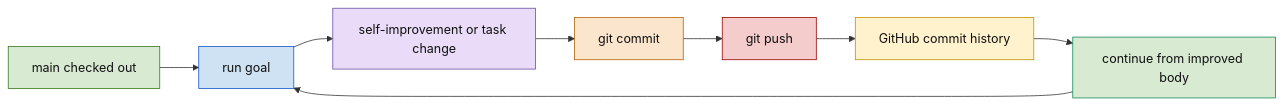
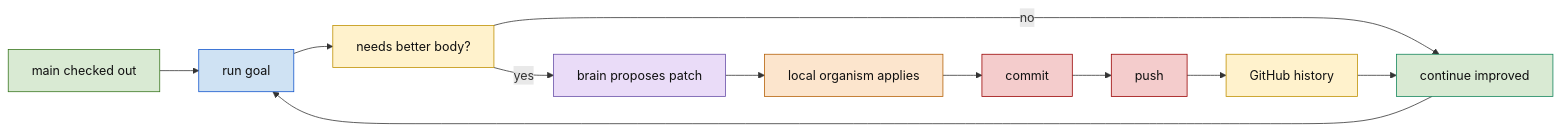
Before and after one commit to wgabrys88/endgame-ai: the fourth of 4 diagrams in README.md, drawn with Mermaid. The commit also changed other lines of this file, not shown here.

````diff
--- a/README.md
+++ b/README.md
@@ -282,20 +357,25 @@
 ```mermaid
 flowchart LR
     MAIN["main checked out"]:::main
     RUN["run goal"]:::run
-    CHANGE["self-improvement or task change"]:::change
-    COMMIT["git commit"]:::commit
-    PUSH["git push"]:::push
-    HISTORY["GitHub commit history"]:::history
-    NEXT["continue from improved body"]:::next
+    NEED["needs better body?"]:::decision
+    PATCH["brain proposes patch"]:::brain
+    APPLY["local organism applies"]:::body
+    COMMIT["commit"]:::git
+    PUSH["push"]:::git
+    HISTORY["GitHub history"]:::history
+    CONTINUE["continue improved"]:::done
 
-    MAIN --> RUN --> CHANGE --> COMMIT --> PUSH --> HISTORY --> NEXT --> RUN
+    MAIN --> RUN --> NEED
+    NEED -->|no| CONTINUE
+    NEED -->|yes| PATCH --> APPLY --> COMMIT --> PUSH --> HISTORY --> CONTINUE --> RUN
 
     classDef main fill:#d9ead3,stroke:#38761d,color:#111;
     classDef run fill:#cfe2f3,stroke:#1155cc,color:#111;
-    classDef change fill:#eadcf8,stroke:#674ea7,color:#111;
-    classDef commit fill:#fce5cd,stroke:#b45f06,color:#111;
-    classDef push fill:#f4cccc,stroke:#990000,color:#111;
+    classDef decision fill:#fff2cc,stroke:#bf9000,color:#111;
+    classDef brain fill:#eadcf8,stroke:#674ea7,color:#111;
+    classDef body fill:#fce5cd,stroke:#b45f06,color:#111;
+    classDef git fill:#f4cccc,stroke:#990000,color:#111;
     classDef history fill:#fff2cc,stroke:#bf9000,color:#111;
-    classDef next fill:#d9ead3,stroke:#11855a,color:#111;
+    classDef done fill:#d9ead3,stroke:#11855a,color:#111;
 ```
````
